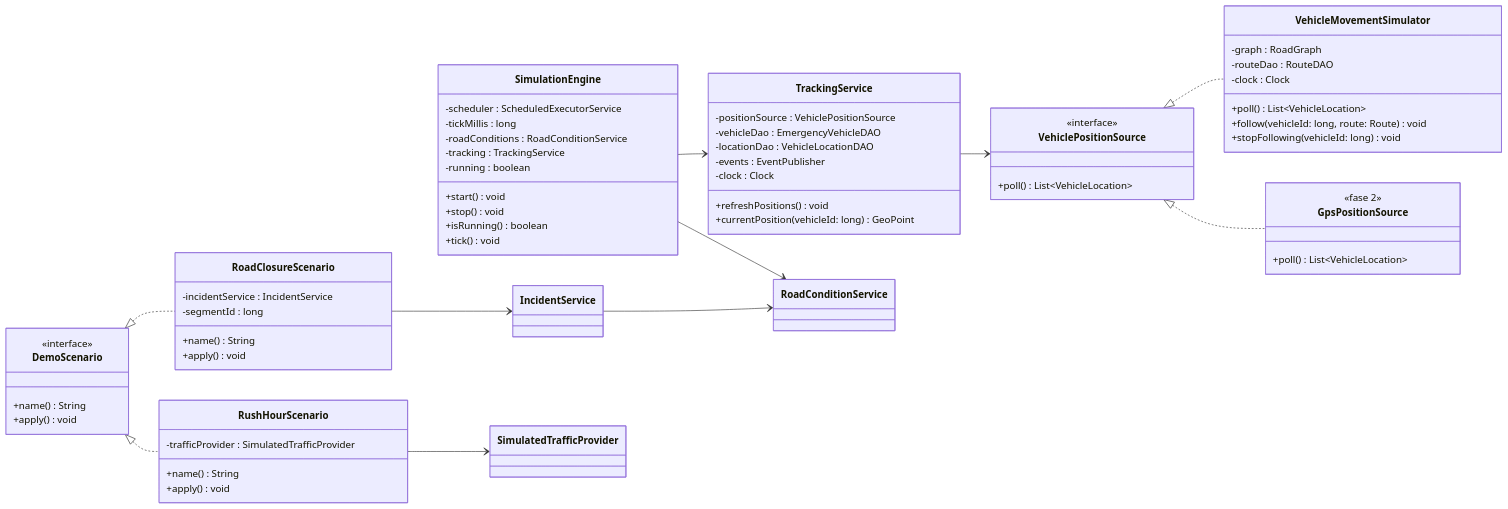
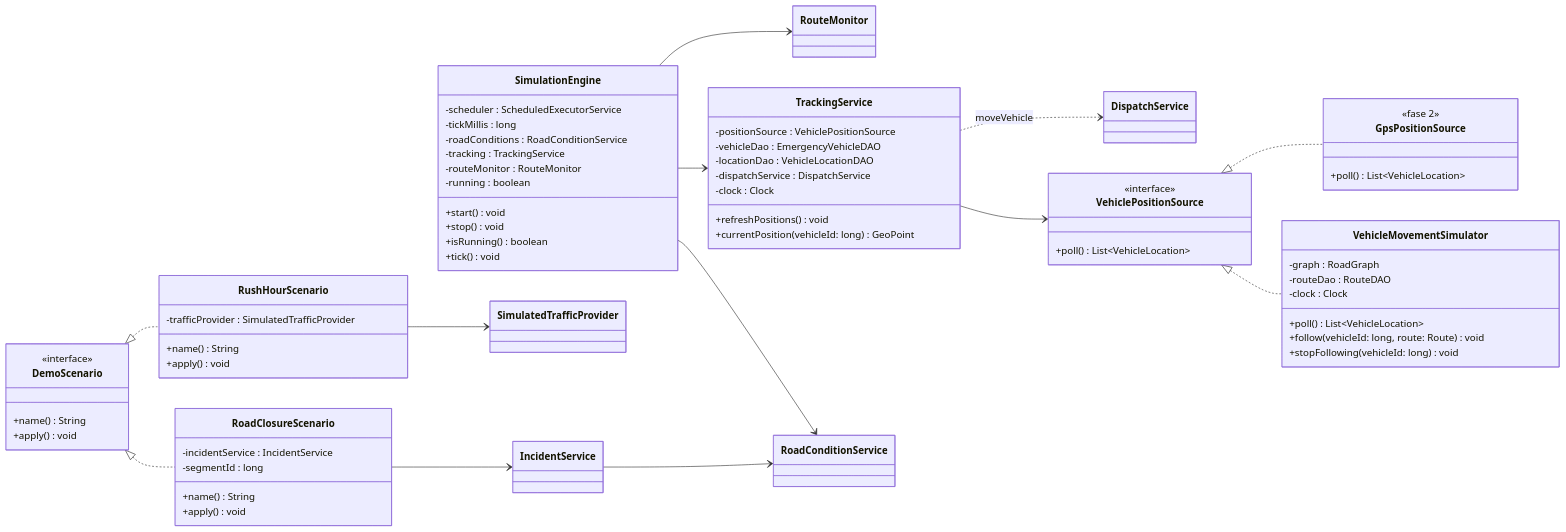
Before and after one commit to afzabaleta/RutaVida: diagram 19 of 23 in docs/class-diagram.md, drawn with Mermaid. The commit also changed other lines of this file and 12 other files, not shown here.

````diff
--- a/docs/class-diagram.md
+++ b/docs/class-diagram.md
@@ -1515,75 +1467,80 @@
 ```mermaid
 ---
 config:
   markdownAutoWrap: false
 ---
 classDiagram
     direction LR
 
     class SimulationEngine {
         -scheduler : ScheduledExecutorService
         -tickMillis : long
         -roadConditions : RoadConditionService
         -tracking : TrackingService
+        -routeMonitor : RouteMonitor
         -running : boolean
         +start() void
         +stop() void
         +isRunning() boolean
         +tick() void
     }
     class TrackingService {
         -positionSource : VehiclePositionSource
         -vehicleDao : EmergencyVehicleDAO
         -locationDao : VehicleLocationDAO
-        -events : EventPublisher
+        -dispatchService : DispatchService
         -clock : Clock
         +refreshPositions() void
         +currentPosition(vehicleId: long) GeoPoint
     }
     class VehiclePositionSource {
         <<interface>>
         +poll() List~VehicleLocation~
     }
     class VehicleMovementSimulator {
         -graph : RoadGraph
         -routeDao : RouteDAO
         -clock : Clock
         +poll() List~VehicleLocation~
         +follow(vehicleId: long, route: Route) void
         +stopFollowing(vehicleId: long) void
     }
     class GpsPositionSource {
         <<fase 2>>
         +poll() List~VehicleLocation~
     }
     class DemoScenario {
         <<interface>>
         +name() String
         +apply() void
     }
     class RoadClosureScenario {
         -incidentService : IncidentService
         -segmentId : long
         +name() String
         +apply() void
     }
     class RushHourScenario {
         -trafficProvider : SimulatedTrafficProvider
         +name() String
         +apply() void
     }
     class RoadConditionService
     class IncidentService
     class SimulatedTrafficProvider
+    class RouteMonitor
+    class DispatchService
 
     VehiclePositionSource <|.. VehicleMovementSimulator
     VehiclePositionSource <|.. GpsPositionSource
     DemoScenario <|.. RoadClosureScenario
     DemoScenario <|.. RushHourScenario
     IncidentService --> RoadConditionService
     TrackingService --> VehiclePositionSource
     SimulationEngine --> RoadConditionService
     SimulationEngine --> TrackingService
+    SimulationEngine --> RouteMonitor
+    TrackingService ..> DispatchService : moveVehicle
     RoadClosureScenario --> IncidentService
     RushHourScenario --> SimulatedTrafficProvider
 ```
````
